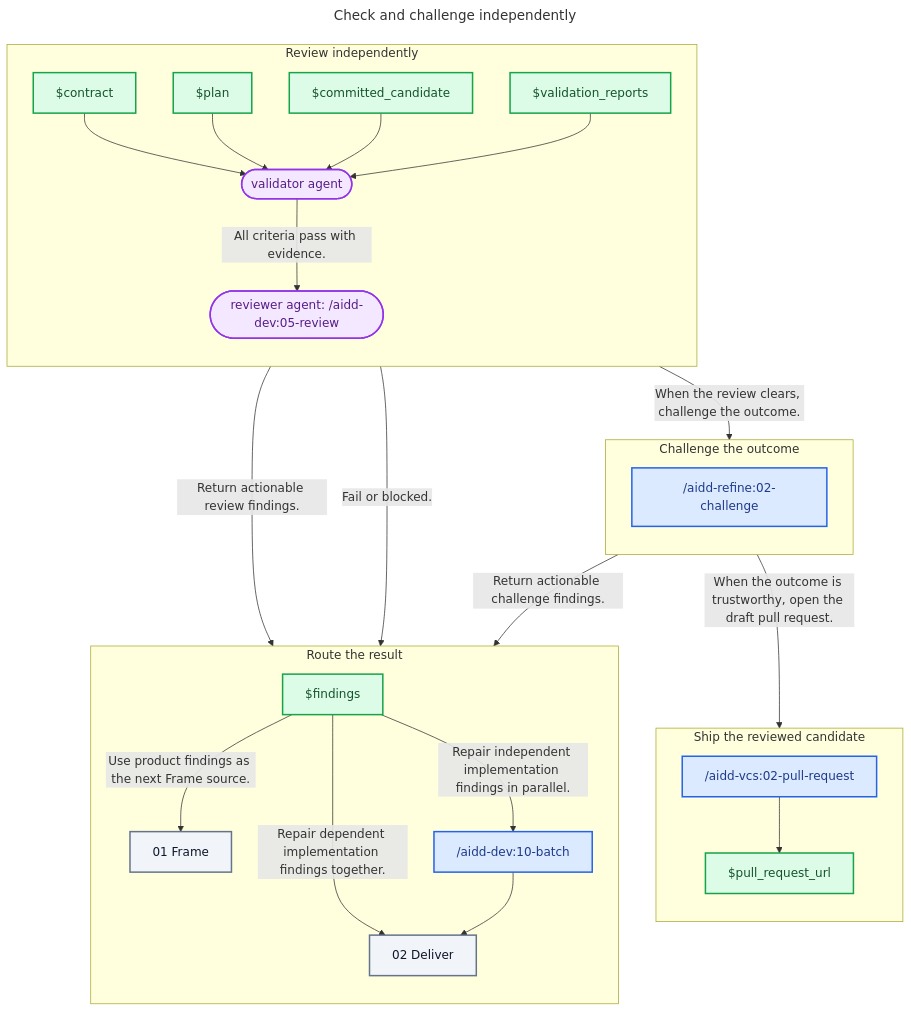
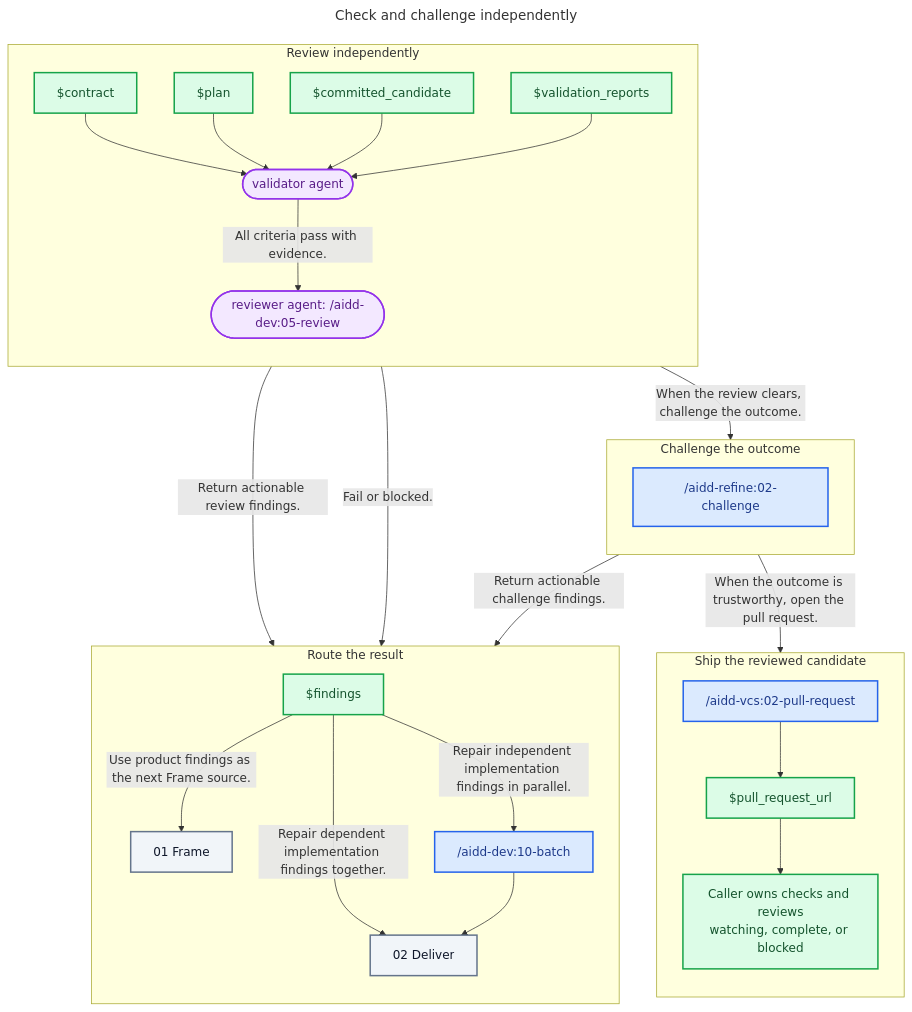
One commit to ai-driven-dev/framework changed the diagram in plugins/aidd-orchestrator/skills/01-sdlc/references/03-check.md. Above: the diagram before and after it, drawn with Mermaid. The commit also changed other lines of this file and 15 other files, not shown here.

Commit message:
fix(aidd-orchestrator): share pull request review state and budget

````diff
--- a/plugins/aidd-orchestrator/skills/01-sdlc/references/03-check.md
+++ b/plugins/aidd-orchestrator/skills/01-sdlc/references/03-check.md
@@ -25,60 +27,62 @@
 ```mermaid
 ---
 title: Check and challenge independently
 ---
 flowchart TD
   subgraph ReviewStage["Review independently"]
     direction TB
     Contract["$contract"]
     Plan["$plan"]
     CommittedCandidate["$committed_candidate"]
     ValidationReports["$validation_reports"]
     Validator(["validator agent"])
     Reviewer(["reviewer agent: /aidd-dev:05-review"])
   end
 
   subgraph ChallengeStage["Challenge the outcome"]
     direction TB
     Challenge["/aidd-refine:02-challenge"]
   end
 
   subgraph RouteStage["Route the result"]
     direction TB
     Findings["$findings"]
     Frame["01 Frame"]
     Batch["/aidd-dev:10-batch"]
     Deliver["02 Deliver"]
   end
 
   subgraph ShipStage["Ship the reviewed candidate"]
     direction TB
     PullRequest["/aidd-vcs:02-pull-request"]
     PullRequestUrl["$pull_request_url"]
+    FollowUp["Caller owns checks and reviews<br/>watching, complete, or blocked"]
   end
 
   Contract --> Validator
   Plan --> Validator
   CommittedCandidate --> Validator
   ValidationReports --> Validator
   Validator -- "All criteria pass with evidence." --> Reviewer
   Validator -- "Fail or blocked." --> Findings
   Reviewer -- "Return actionable review findings." --> Findings
   Reviewer -- "When the review clears, challenge the outcome." --> Challenge
   Challenge -- "Return actionable challenge findings." --> Findings
-  Challenge -- "When the outcome is trustworthy, open the draft pull request." --> PullRequest
+  Challenge -- "When the outcome is trustworthy, open the pull request." --> PullRequest
   Findings -- "Use product findings as the next Frame source." --> Frame
   Findings -- "Repair independent implementation findings in parallel." --> Batch
   Findings -- "Repair dependent implementation findings together." --> Deliver
   Batch --> Deliver
   PullRequest --> PullRequestUrl
+  PullRequestUrl --> FollowUp
 
   classDef skill fill:#DBEAFE,stroke:#2563EB,color:#1E3A8A,stroke-width:2px
   classDef agent fill:#F3E8FF,stroke:#9333EA,color:#581C87,stroke-width:2px
   classDef artifact fill:#DCFCE7,stroke:#16A34A,color:#14532D,stroke-width:2px
   classDef zone fill:#F1F5F9,stroke:#64748B,color:#0F172A,stroke-width:2px
 
   class Challenge,Batch,PullRequest skill
   class Reviewer,Validator agent
-  class Contract,Plan,CommittedCandidate,ValidationReports,Findings,PullRequestUrl artifact
+  class Contract,Plan,CommittedCandidate,ValidationReports,Findings,PullRequestUrl,FollowUp artifact
   class Frame,Deliver zone
 ```
````
